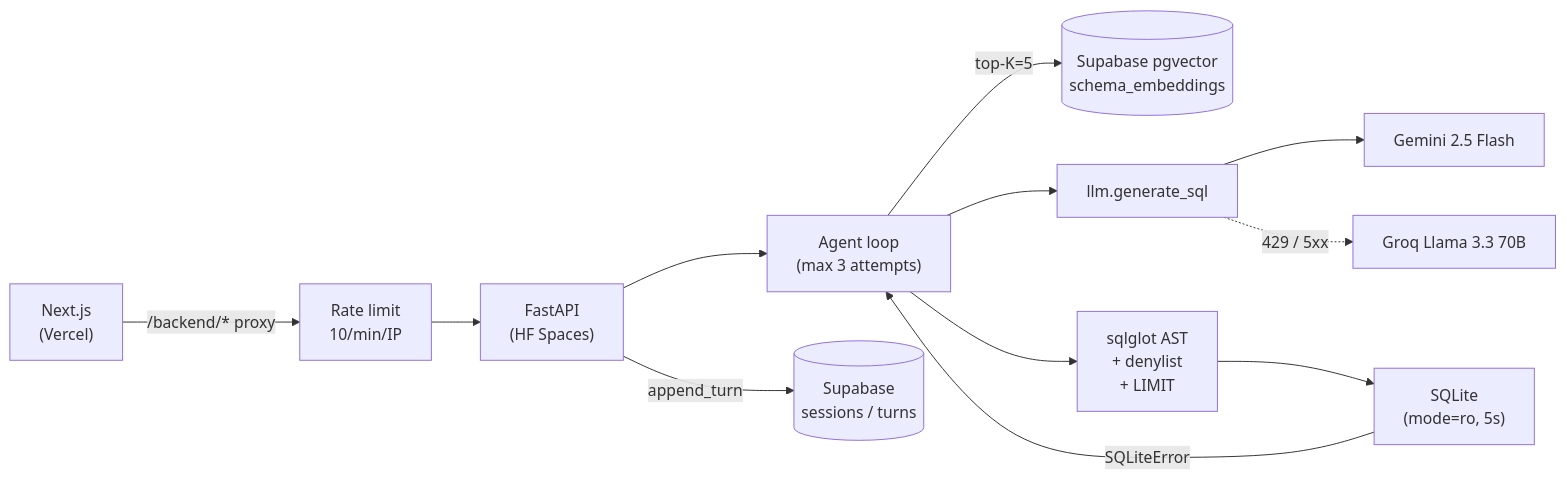
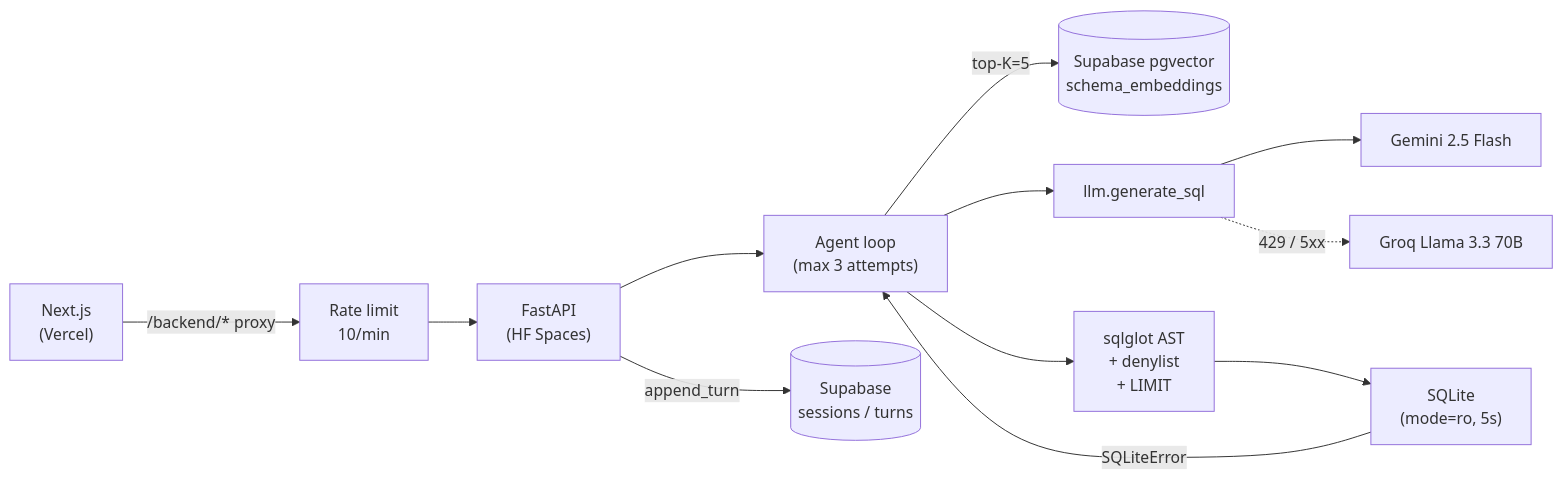
Before and after one commit to AryamannSingh7/querymancer: the diagram in README.md, drawn with Mermaid. The commit also changed other lines of this file and 2 other files, not shown here.

Commit message:
fix: rate limiter uses a global bucket — HF Spaces hides the client IP
HF Spaces forwards no client-IP header (no X-Forwarded-For/X-Real-IP/etc); the container only sees rotating internal proxy IPs, so per-IP keying is impossible. Degrade to a single shared bucket — a global 10/min cap still bounds burst load on the free-tier quota, which is the point. Keeps per-IP keying for platforms that do expose a forwarded header. Docs updated.

````diff
--- a/README.md
+++ b/README.md
@@ -44,14 +44,14 @@
 ```mermaid
 flowchart LR
-    UI["Next.js<br/>(Vercel)"] -- "/backend/* proxy" --> RL["Rate limit<br/>10/min/IP"]
+    UI["Next.js<br/>(Vercel)"] -- "/backend/* proxy" --> RL["Rate limit<br/>10/min"]
     RL --> API["FastAPI<br/>(HF Spaces)"]
     API --> AGENT["Agent loop<br/>(max 3 attempts)"]
     AGENT -- "top-K=5" --> RAG[("Supabase pgvector<br/>schema_embeddings")]
     AGENT --> LLM["llm.generate_sql"]
     LLM --> GEM["Gemini 2.5 Flash"]
     LLM -. "429 / 5xx" .-> GROQ["Groq Llama 3.3 70B"]
     AGENT --> SAFE["sqlglot AST<br/>+ denylist<br/>+ LIMIT"]
     SAFE --> EXEC["SQLite<br/>(mode=ro, 5s)"]
     EXEC -- "SQLiteError" --> AGENT
     API -- "append_turn" --> SESS[("Supabase<br/>sessions / turns")]
 ```
````
